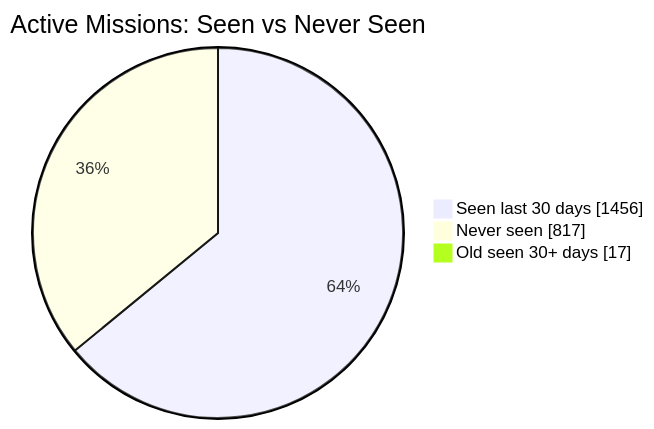
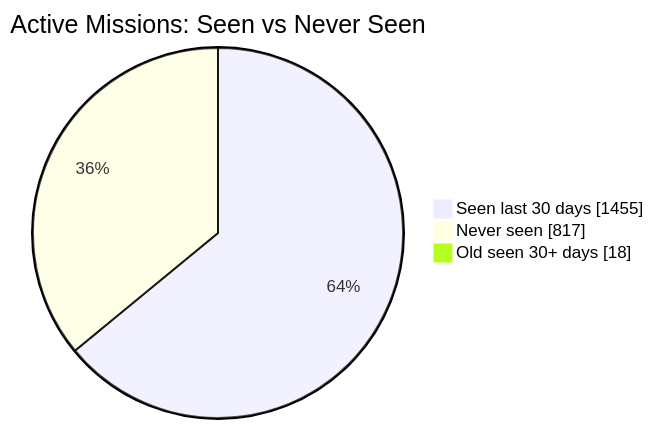
One commit to MeldkamerspelGameTeam/active-missions changed the first of 2 diagrams in README.md. Above: the diagram before and after it, drawn with Mermaid. The commit also changed other lines of this file and 2 other files, not shown here.

````diff
--- a/README.md
+++ b/README.md
@@ -34,7 +34,7 @@
 ```mermaid
 pie showData
     title Active Missions: Seen vs Never Seen
-    "Seen last 30 days" : 1456
+    "Seen last 30 days" : 1455
     "Never seen" : 817
-    "Old seen 30+ days" : 17
+    "Old seen 30+ days" : 18
 ```
````
